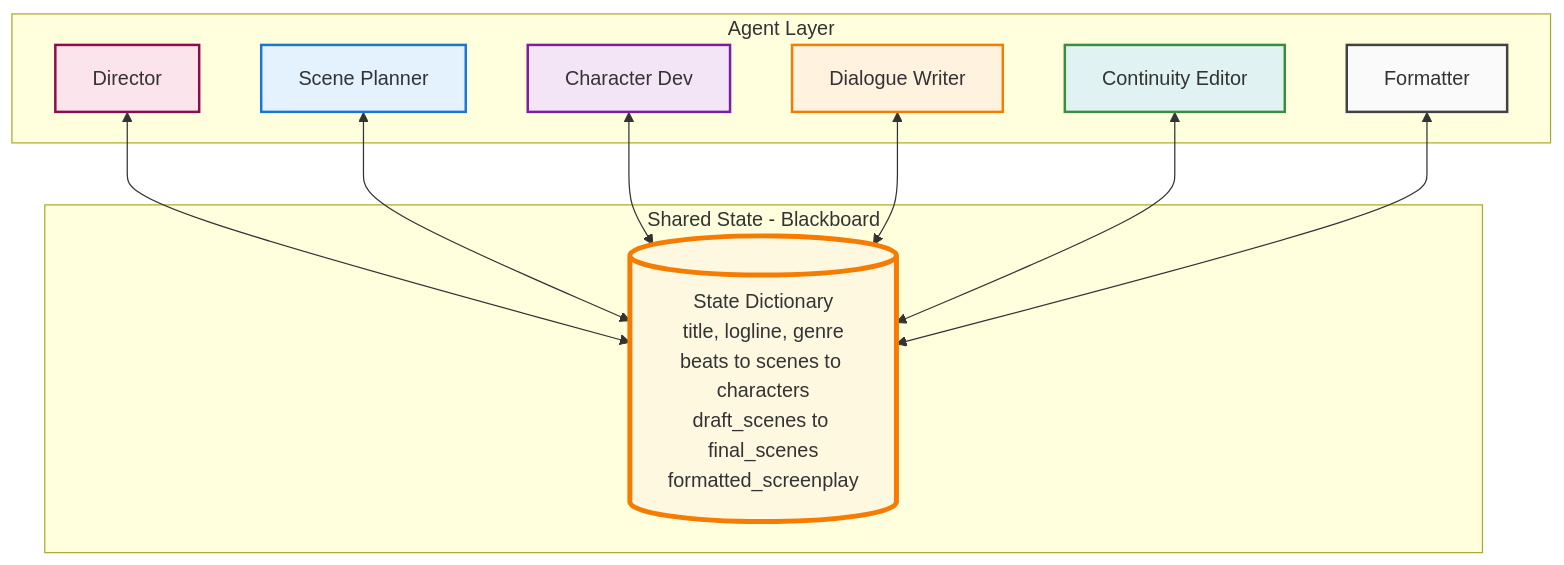
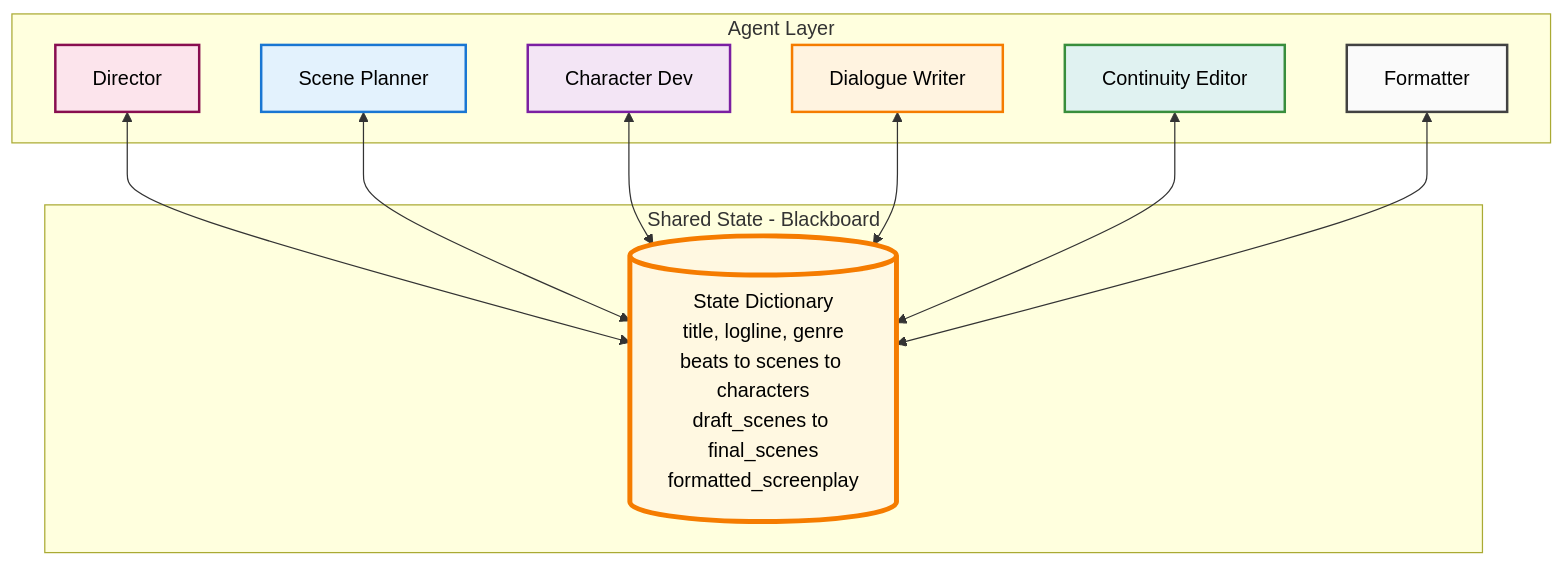
Before and after one commit to drMy5tery/Movie-Scene-Creator: the first of 13 diagrams in movie-mas/Presentation/Movie-Scene-Creator-Presentation.md, drawn with Mermaid. The commit also changed other lines of this file, not shown here.

````diff
--- a/movie-mas/Presentation/Movie-Scene-Creator-Presentation.md
+++ b/movie-mas/Presentation/Movie-Scene-Creator-Presentation.md
@@ -82,30 +82,30 @@
 ```mermaid
 graph TB
     subgraph SharedState ["Shared State - Blackboard"]
         STATE[("State Dictionary<br/>title, logline, genre<br/>beats to scenes to characters<br/>draft_scenes to final_scenes<br/>formatted_screenplay")]
     end
     
     subgraph AgentLayer ["Agent Layer"]
         A1["Director"]
         A2["Scene Planner"]  
         A3["Character Dev"]
         A4["Dialogue Writer"]
         A5["Continuity Editor"]
         A6["Formatter"]
     end
     
     A1 <--> STATE
     A2 <--> STATE  
     A3 <--> STATE
     A4 <--> STATE
     A5 <--> STATE
     A6 <--> STATE
     
-    style STATE fill:#fff8e1,stroke:#f57c00,stroke-width:4px
-    style A1 fill:#fce4ec,stroke:#880e4f,stroke-width:2px
-    style A2 fill:#e3f2fd,stroke:#1976d2,stroke-width:2px
-    style A3 fill:#f3e5f5,stroke:#7b1fa2,stroke-width:2px
-    style A4 fill:#fff3e0,stroke:#f57c00,stroke-width:2px
-    style A5 fill:#e0f2f1,stroke:#388e3c,stroke-width:2px
-    style A6 fill:#fafafa,stroke:#424242,stroke-width:2px
+    style STATE fill:#fff8e1,stroke:#f57c00,stroke-width:4px,color:#000000
+    style A1 fill:#fce4ec,stroke:#880e4f,stroke-width:2px,color:#000000
+    style A2 fill:#e3f2fd,stroke:#1976d2,stroke-width:2px,color:#000000
+    style A3 fill:#f3e5f5,stroke:#7b1fa2,stroke-width:2px,color:#000000
+    style A4 fill:#fff3e0,stroke:#f57c00,stroke-width:2px,color:#000000
+    style A5 fill:#e0f2f1,stroke:#388e3c,stroke-width:2px,color:#000000
+    style A6 fill:#fafafa,stroke:#424242,stroke-width:2px,color:#000000
 ```
````
